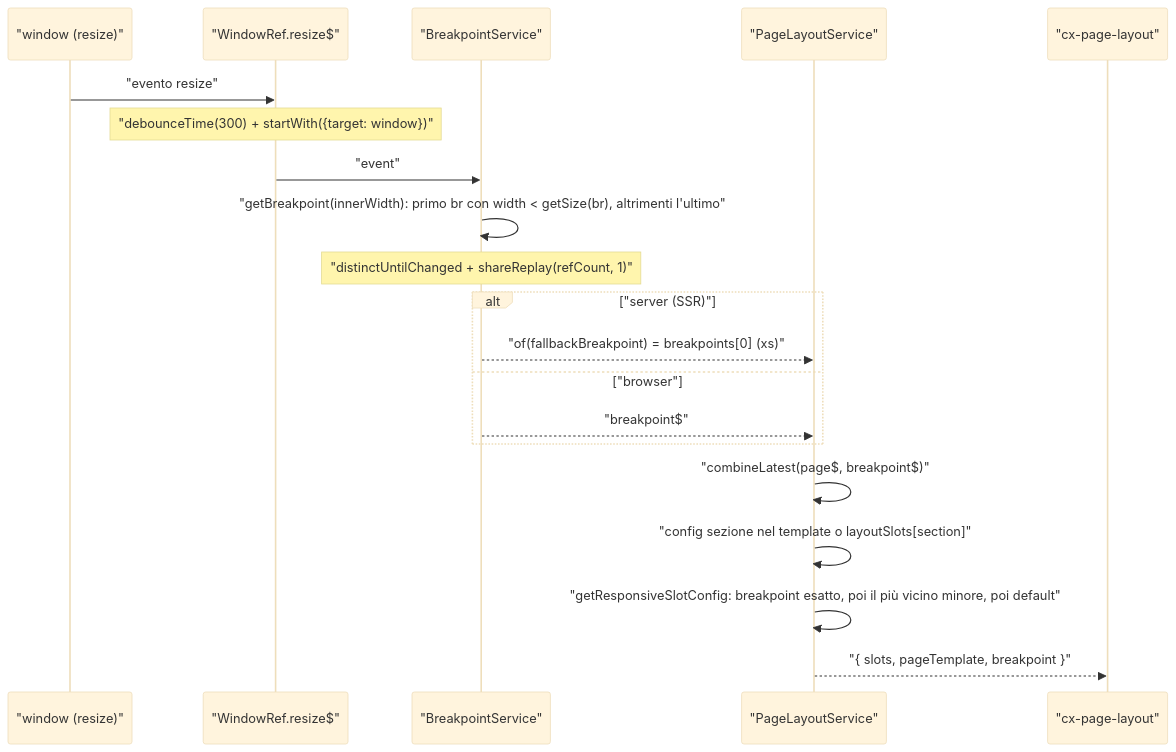
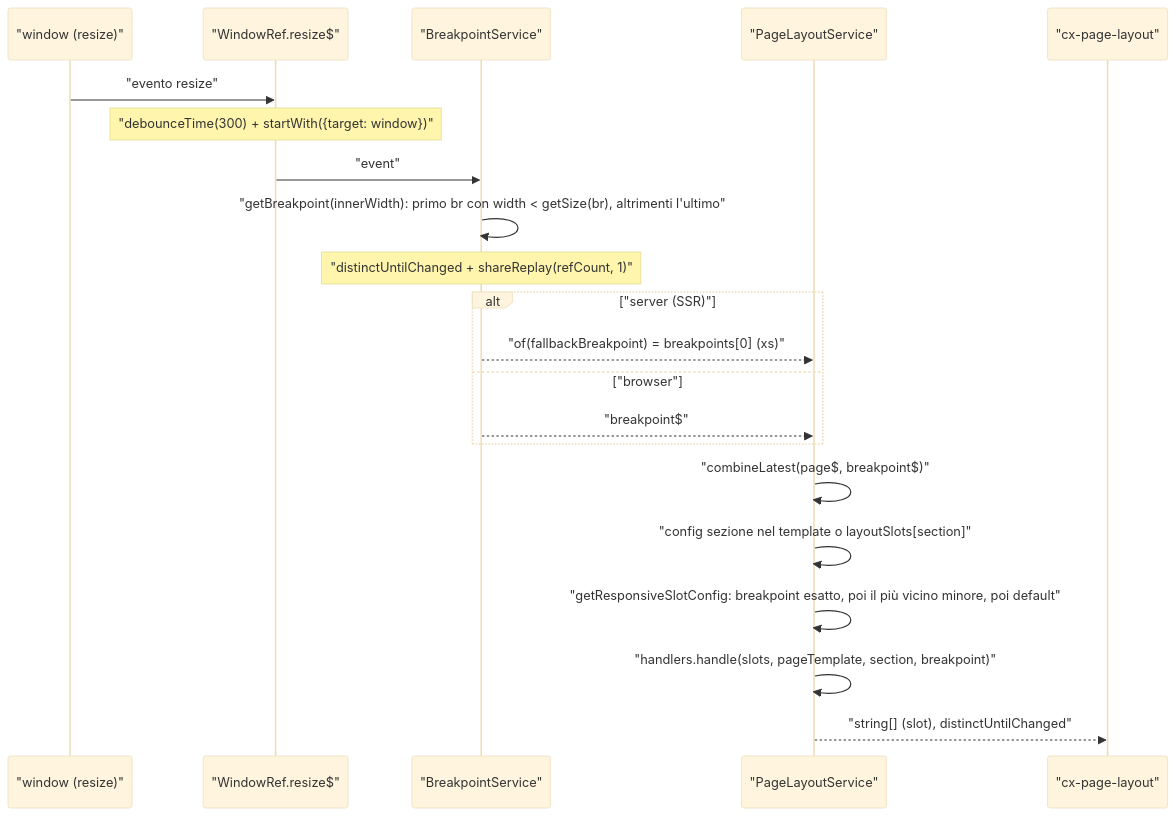
The first of 5 diagrams in docs/spartacus-book/parte-2/18-layout-breakpoint-a11y.md (mgiuditta/spartacus), drawn with Mermaid (base theme) before and after one commit. The commit also changed other lines of this file and 8 other files, not shown here.

````diff
--- a/docs/spartacus-book/parte-2/18-layout-breakpoint-a11y.md
+++ b/docs/spartacus-book/parte-2/18-layout-breakpoint-a11y.md
@@ -221,22 +221,23 @@
 ```mermaid
 sequenceDiagram
     participant W as "window (resize)"
     participant WR as "WindowRef.resize$"
     participant BS as "BreakpointService"
     participant PLS as "PageLayoutService"
     participant PL as "cx-page-layout"
     W->>WR: "evento resize"
     Note over WR: "debounceTime(300) + startWith({target: window})"
     WR->>BS: "event"
     BS->>BS: "getBreakpoint(innerWidth): primo br con width < getSize(br), altrimenti l'ultimo"
     Note over BS: "distinctUntilChanged + shareReplay(refCount, 1)"
     alt "server (SSR)"
         BS-->>PLS: "of(fallbackBreakpoint) = breakpoints[0] (xs)"
     else "browser"
         BS-->>PLS: "breakpoint$"
     end
     PLS->>PLS: "combineLatest(page$, breakpoint$)"
     PLS->>PLS: "config sezione nel template o layoutSlots[section]"
     PLS->>PLS: "getResponsiveSlotConfig: breakpoint esatto, poi il più vicino minore, poi default"
-    PLS-->>PL: "{ slots, pageTemplate, breakpoint }"
+    PLS->>PLS: "handlers.handle(slots, pageTemplate, section, breakpoint)"
+    PLS-->>PL: "string[] (slot), distinctUntilChanged"
 ```
````
